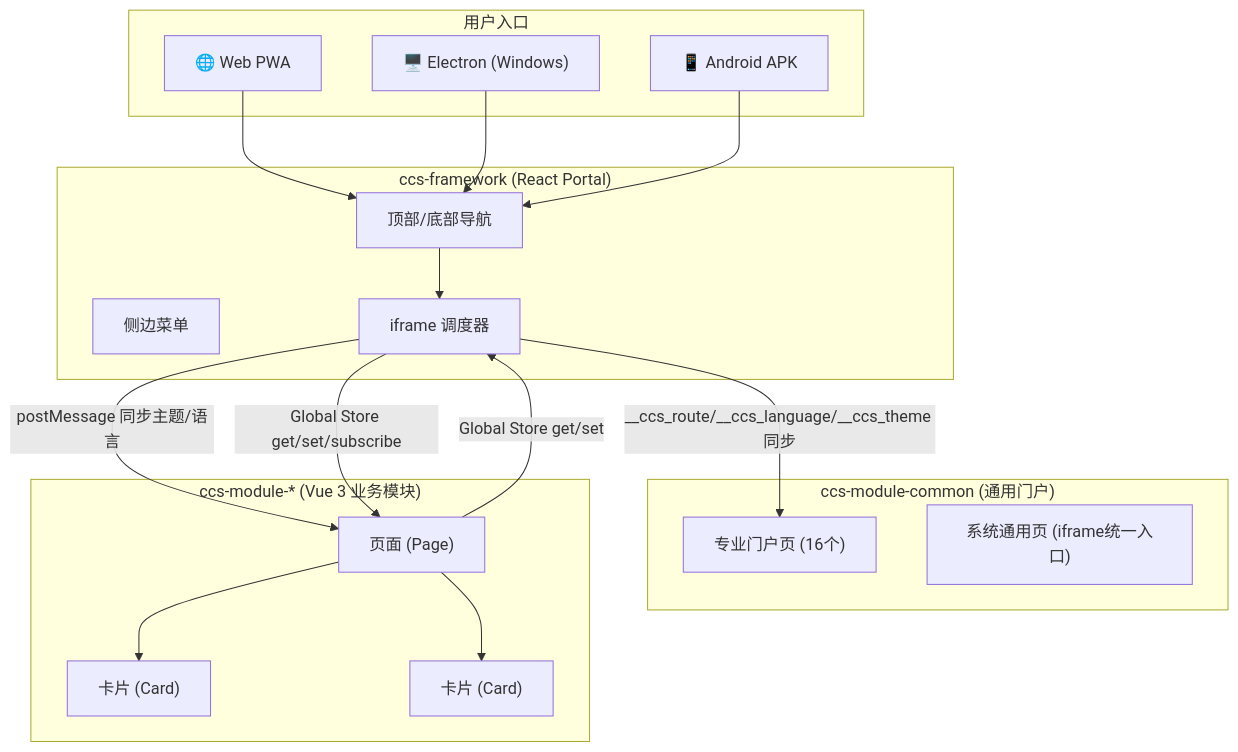
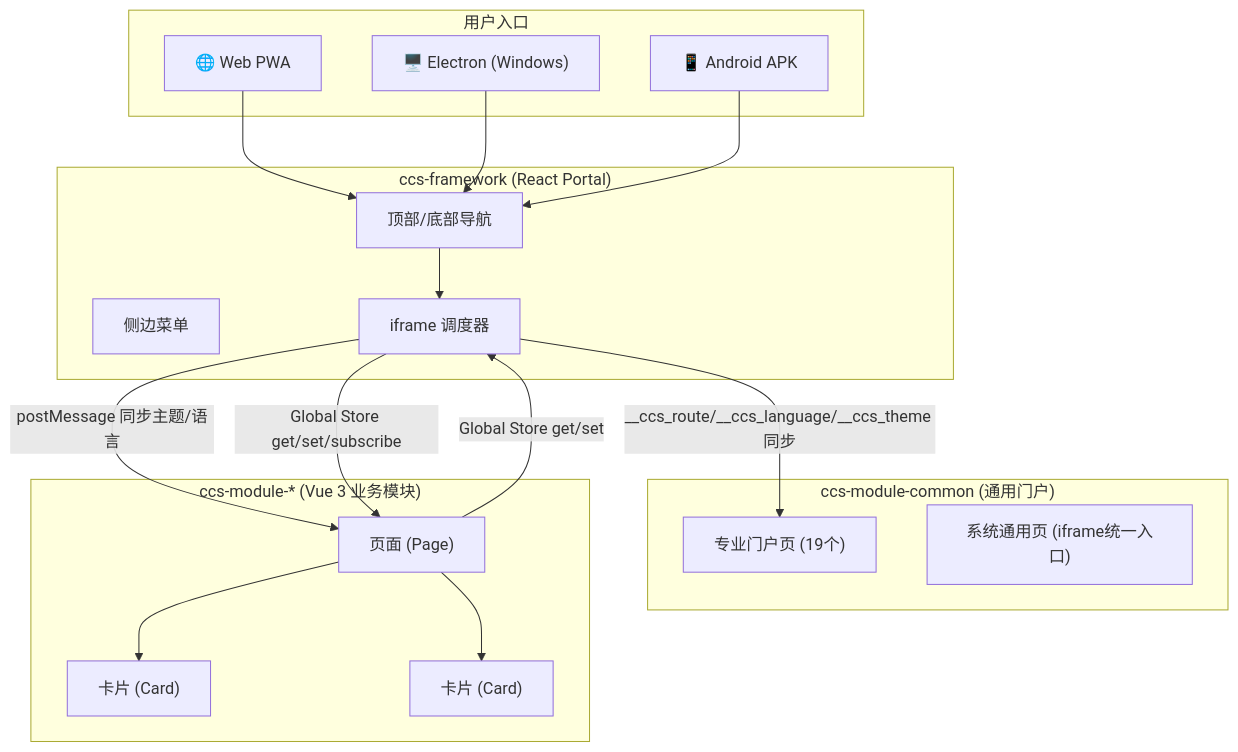
Before and after one commit to kevinmoch/ccs-monorepo: the first of 8 diagrams in README.md, drawn with Mermaid. The commit also changed other lines of this file and 3 other files, not shown here.

````diff
--- a/README.md
+++ b/README.md
@@ -145,36 +146,36 @@
 ```mermaid
 graph TB
     subgraph "用户入口"
         Web["🌐 Web PWA"]
         Desktop["🖥️ Electron (Windows)"]
         Android["📱 Android APK"]
     end
 
     subgraph "ccs-framework (React Portal)"
         Nav["顶部/底部导航"]
         Menu["侧边菜单"]
         IFrame["iframe 调度器"]
     end
 
     subgraph "ccs-module-common (通用门户)"
-        Portal["专业门户页 (16个)"]
+        Portal["专业门户页 (19个)"]
         SystemPages["系统通用页 (iframe统一入口)"]
     end
 
     subgraph "ccs-module-* (Vue 3 业务模块)"
         Page1["页面 (Page)"]
         Card1["卡片 (Card)"]
         Card2["卡片 (Card)"]
     end
 
     Web --> Nav
     Desktop --> Nav
     Android --> Nav
     Nav --> IFrame
     IFrame -->|__ccs_route/__ccs_language/__ccs_theme 同步| Portal
     IFrame -->|postMessage 同步主题/语言| Page1
     IFrame -->|Global Store get/set/subscribe| Page1
     Page1 -->|Global Store get/set| IFrame
     Page1 --> Card1
     Page1 --> Card2
 ```
````
